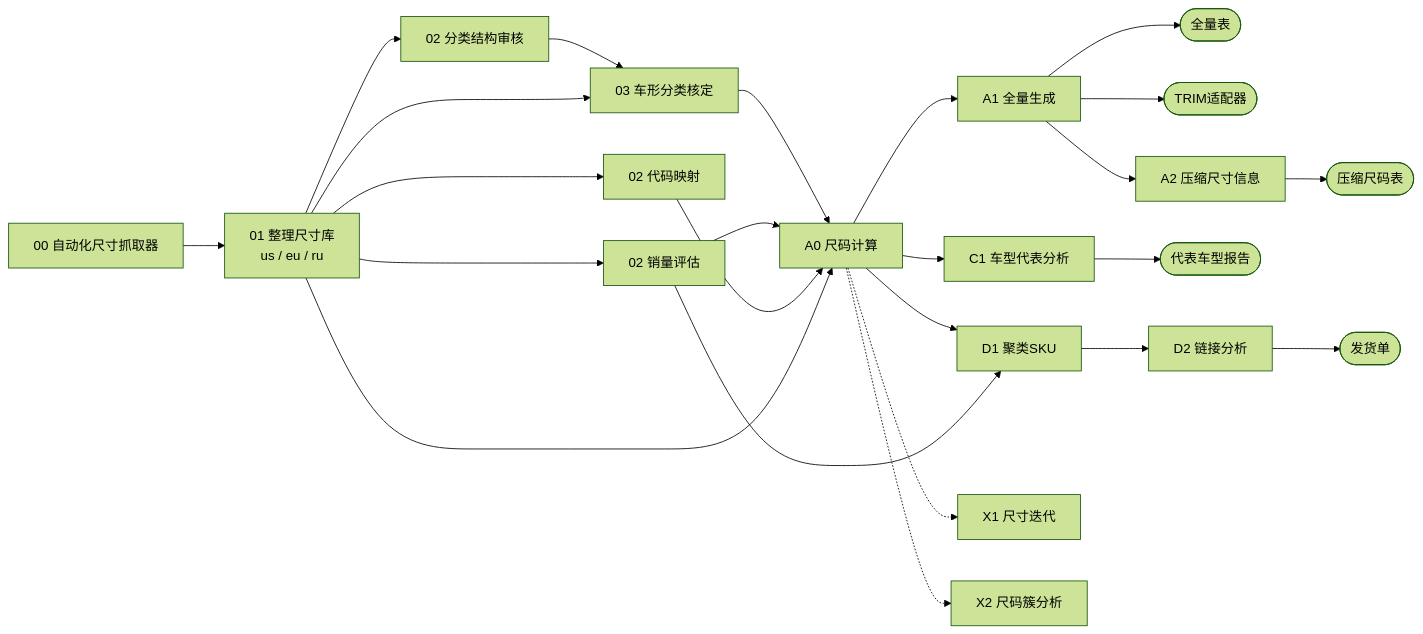
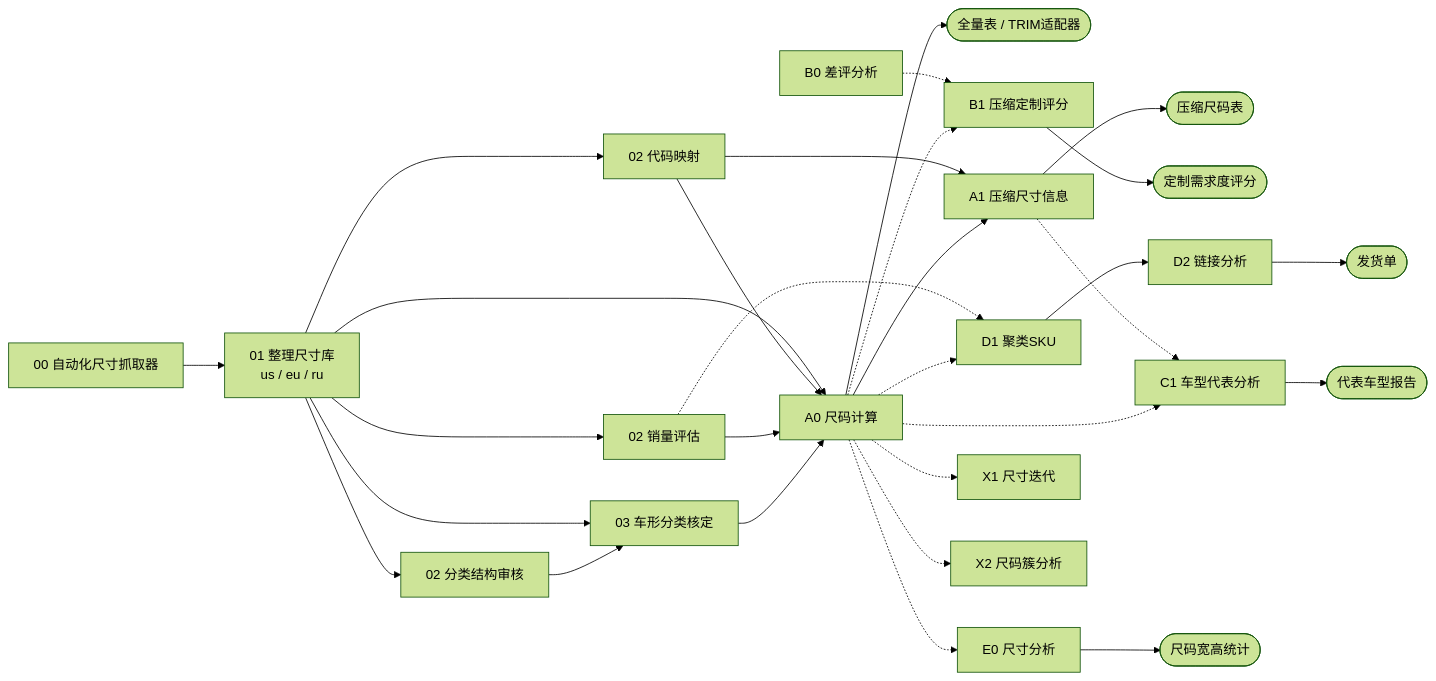
The diagram in README.md (licwan62/all_cars_data), drawn with Mermaid (forest theme) before and after one commit. The commit also changed other lines of this file and 1167 other files, not shown here.

````diff
--- a/README.md
+++ b/README.md
@@ -17,21 +21,25 @@
 ```mermaid
 flowchart LR
   n00["00 自动化尺寸抓取器"] --> n01["01 整理尺寸库<br/>us / eu / ru"]
   n01 --> n02a["02 分类结构审核"]
   n01 --> n02b["02 销量评估"]
   n01 --> n02c["02 代码映射"]
   n02a --> n03["03 车形分类核定"]
   n01 --> n03
   n03 --> A0["A0 尺码计算"]
   n02b --> A0
   n02c --> A0
   n01 --> A0
-  A0 --> A1["A1 全量生成"] --> fa(["全量表"])
-  A1 --> fb(["TRIM适配器"])
-  A1 --> A2["A2 压缩尺寸信息"] --> fz(["压缩尺码表"])
-  A0 --> C1["C1 车型代表分析"] --> fc(["代表车型报告"])
-  A0 --> D1["D1 聚类SKU"] --> D2["D2 链接分析"] --> fd(["发货单"])
-  n02b --> D1
+  A0 --> fa(["全量表 / TRIM适配器"])
+  A0 --> A1["A1 压缩尺寸信息"] --> fz(["压缩尺码表"])
+  n02c --> A1
+  A0 -.-> B1["B1 压缩定制评分"] --> fs(["定制需求度评分"])
+  B0["B0 差评分析"] -.-> B1
+  A0 -.-> C1["C1 车型代表分析"] --> fc(["代表车型报告"])
+  A1 -.-> C1
+  A0 -.-> D1["D1 聚类SKU"] --> D2["D2 链接分析"] --> fd(["发货单"])
+  n02b -.-> D1
+  A0 -.-> E0["E0 尺寸分析"] --> fe(["尺码宽高统计"])
   A0 -.-> X1["X1 尺寸迭代"]
   A0 -.-> X2["X2 尺码簇分析"]
 ```
````
